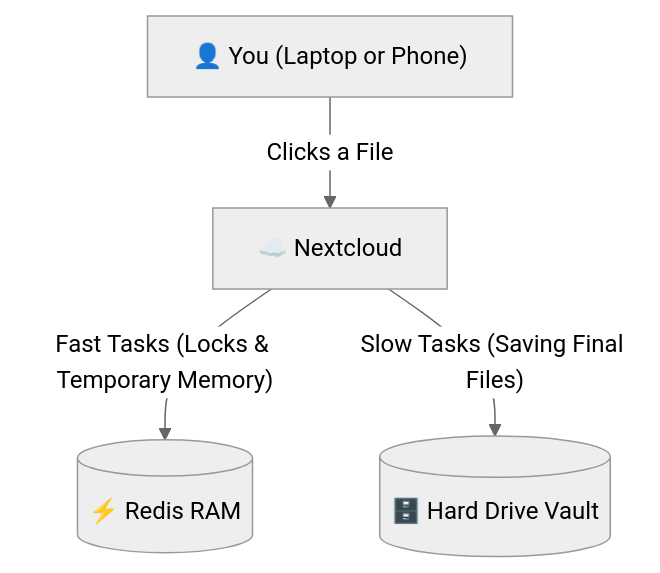
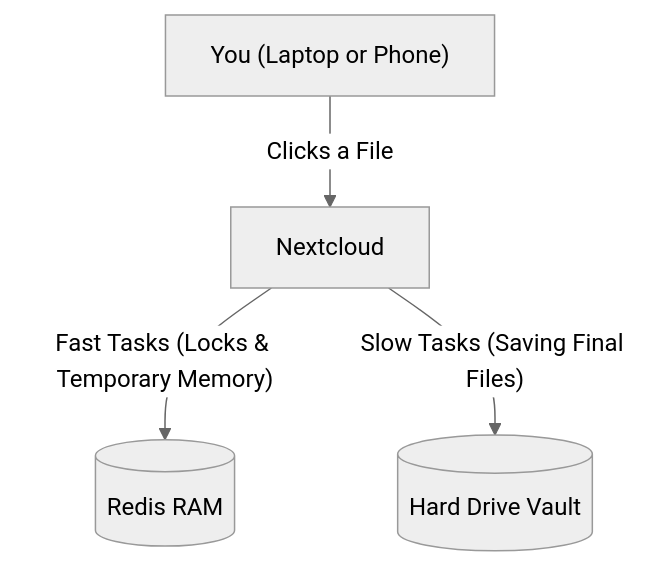
The diagram in Guides/setup_redis_with_nextcloud.md (PorKeat/office_docs), drawn with Mermaid before and after one commit. The commit also changed other lines of this file and 6 other files, not shown here.

````diff
--- a/Guides/setup_redis_with_nextcloud.md
+++ b/Guides/setup_redis_with_nextcloud.md
@@ -32,8 +32,8 @@
 ```mermaid
 %%{init: {'theme': 'neutral', 'themeVariables': { 'background': 'transparent' }}}%%
 flowchart TD
-    User["👤 You (Laptop or Phone)"] -->|"Clicks a File"| NC["☁️ Nextcloud"]
+    User["You (Laptop or Phone)"] -->|"Clicks a File"| NC["Nextcloud"]
     
-    NC -->|"Fast Tasks (Locks & Temporary Memory)"| R[("⚡ Redis RAM")]
-    NC -->|"Slow Tasks (Saving Final Files)"| DB[("🗄️ Hard Drive Vault")]
+    NC -->|"Fast Tasks (Locks & Temporary Memory)"| R[("Redis RAM")]
+    NC -->|"Slow Tasks (Saving Final Files)"| DB[("Hard Drive Vault")]
 ```
````
